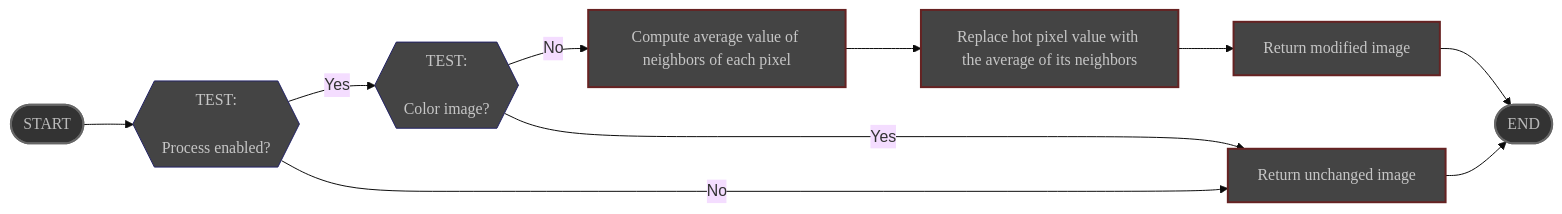
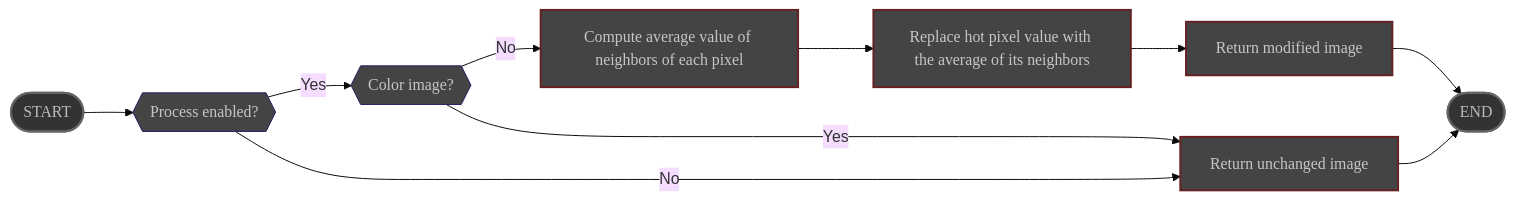
One commit to deufrai/als changed the diagram in content/en/docs/v0.7/reference/modules/preprocess/hot_remove.md. Above: the diagram before and after it, drawn with Mermaid (base theme). The commit also changed other lines of this file and 5 other files, not shown here.

Commit message:
add flowchart for dark subtraction process

````diff
--- a/content/en/docs/v0.7/reference/modules/preprocess/hot_remove.md
+++ b/content/en/docs/v0.7/reference/modules/preprocess/hot_remove.md
@@ -38,40 +38,40 @@
 ```mermaid
 graph LR
 
 START([START])
 
-TEST_ENABLED{{TEST:<br><br>Process enabled?}}
-TEST_COLOR{{TEST:<br><br>Color image?}}
+TEST_ENABLED{{Process enabled?}}
+TEST_COLOR{{Color image?}}
 
 COMPUTE[Compute average value of neighbors of each pixel]
 REPLACE[Replace hot pixel value with the average of its neighbors]
 
 RETURN[Return modified image]
 UNCHANGED[Return unchanged image]
 
 END([END])
 
 START --> TEST_ENABLED
 TEST_ENABLED -->|Yes| TEST_COLOR
 TEST_COLOR ---->|Yes| UNCHANGED
 TEST_ENABLED ---->|No| UNCHANGED
 TEST_COLOR -->|No| COMPUTE
 COMPUTE --> REPLACE
 REPLACE --> RETURN
 RETURN --> END
 UNCHANGED --> END
 
 classDef bounds fill: #333, stroke: #666, stroke-width: 2px, color: #BBB, font-family: 'Poppins', sans-serif
 classDef step fill: #444, stroke: #622, stroke-width:2px, color: #c6c6c6, font-family: 'Poppins',sans-serif
 classDef wait  fill: #444, stroke: #262,stroke-width: 2px, color: #c6c6c6, font-family:'Poppins', sans-serif
 classDef test fill: #444, stroke: #226, stroke-width: 2 px, color: #c6c6c6, font-family: 'Poppins', sans-serif
 
 class START bounds
 class TEST_ENABLED test
 class TEST_COLOR test
 class COMPUTE step
 class UNCHANGED step
 class REPLACE step
 class RETURN step
 class END bounds
 ```
````
